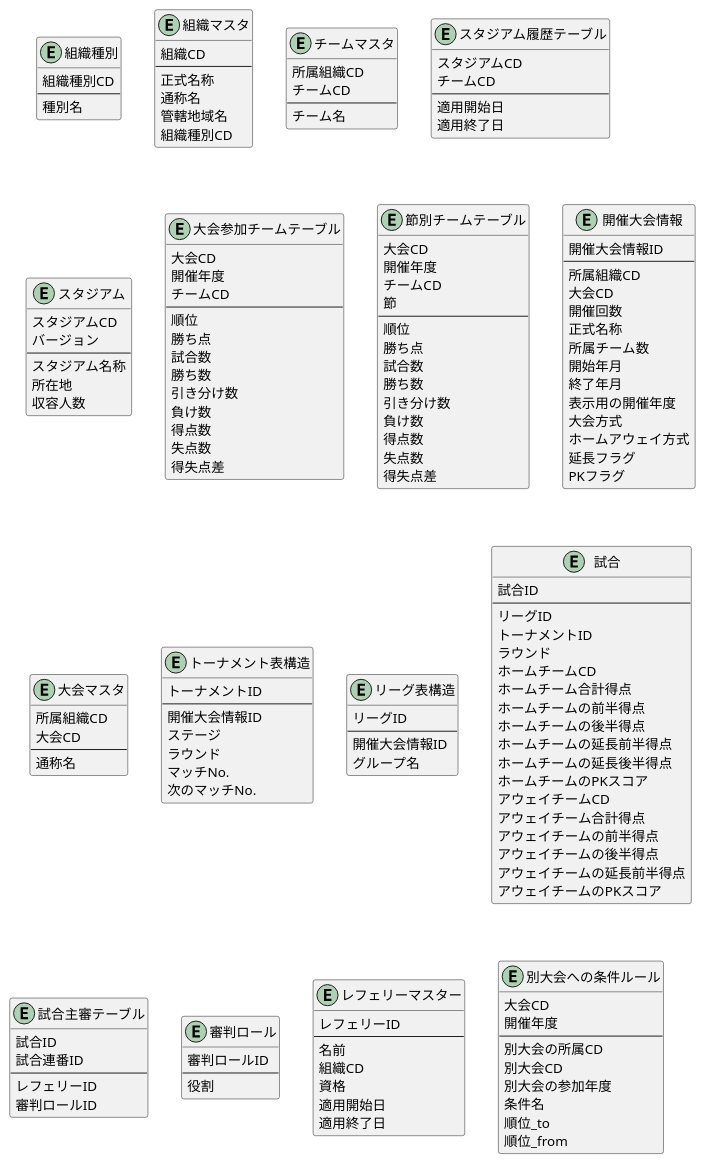
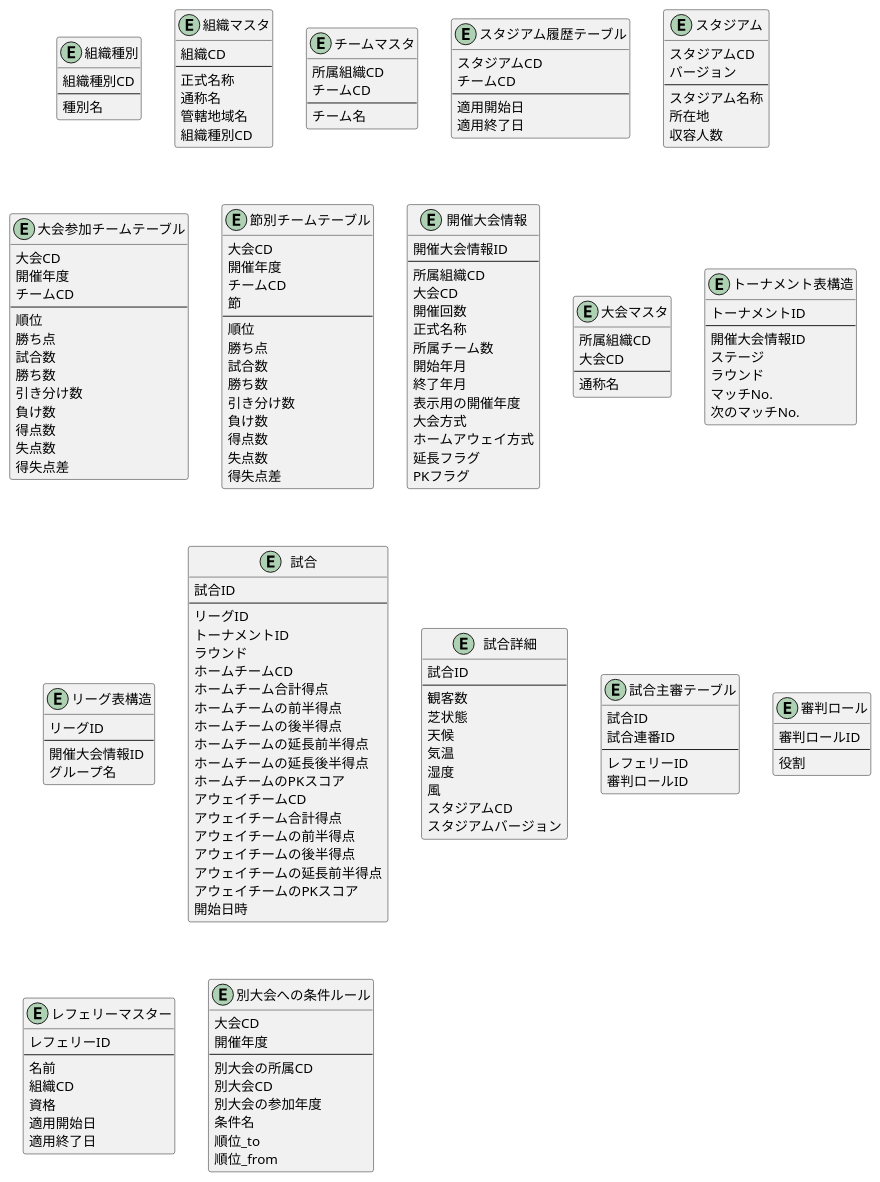
One commit to LCC-SYamada/SocckerDB_PlantUML changed the diagram in soccker_db.puml. Above: the diagram before and after it, drawn with PlantUML.

Commit message:
試合詳細テーブルを追加

```diff
--- a/soccker_db.puml
+++ b/soccker_db.puml
@@ -1,174 +1,188 @@
 @startuml
 
 Entity "組織種別" as OrganizationType {
   組織種別CD
   --
   種別名
 }
 
 Entity "組織マスタ" as Organization {
   組織CD
   --
   正式名称
   通称名
   管轄地域名
   組織種別CD
 }
 
 Entity "チームマスタ" as Team {
   所属組織CD
   チームCD
   --
   チーム名
 }
 
 Entity "スタジアム履歴テーブル" as StadiumHistory {
   スタジアムCD
   チームCD
   --
   適用開始日
   適用終了日
 }
 
 Entity "スタジアム" as Stadium {
   スタジアムCD
   バージョン
   --
   スタジアム名称
   所在地
   収容人数
 }
 
 Entity "大会参加チームテーブル" as SeaSonTournament {
   大会CD
   開催年度
   チームCD
   --
   順位
   勝ち点
   試合数
   勝ち数
   引き分け数
   負け数
   得点数
   失点数
   得失点差  
 }
 
 Entity "節別チームテーブル" as MatchDayRank {
   大会CD
   開催年度
   チームCD
   節
   --
   順位
   勝ち点
   試合数
   勝ち数
   引き分け数
   負け数
   得点数
   失点数
   得失点差  
 }
 
 Entity "開催大会情報" as TournamentInfo {
   開催大会情報ID
   --
   所属組織CD
   大会CD
   開催回数
   正式名称
   所属チーム数
   開始年月
   終了年月
   表示用の開催年度
   大会方式
   ホームアウェイ方式
   延長フラグ
   PKフラグ
 }
 
 Entity "大会マスタ" as Tournament {
   所属組織CD
   大会CD
   --
   通称名
 }
 
 Entity "トーナメント表構造" as TournamentTable {
   トーナメントID
   --
   開催大会情報ID
   ステージ
   ラウンド
   マッチNo.
   次のマッチNo.
 }
 
 Entity "リーグ表構造" as LeagueTable {
   リーグID
   --
   開催大会情報ID
   グループ名
 }
 
 Entity "試合" as Match {
   試合ID
   --
   リーグID
   トーナメントID
   ラウンド
   ホームチームCD
   ホームチーム合計得点
   ホームチームの前半得点
   ホームチームの後半得点
   ホームチームの延長前半得点
   ホームチームの延長後半得点
   ホームチームのPKスコア
   アウェイチームCD
   アウェイチーム合計得点
   アウェイチームの前半得点
   アウェイチームの後半得点
   アウェイチームの延長前半得点
   アウェイチームのPKスコア
+  開始日時
+}
+
+Entity "試合詳細" as MatchInfo {
+  試合ID
+  --
+  観客数
+  芝状態
+  天候
+  気温
+  湿度
+  風
+  スタジアムCD
+  スタジアムバージョン
 }
 
 Entity "試合主審テーブル" as MatchReferee {
   試合ID
   試合連番ID
   --
   レフェリーID
   審判ロールID
 }
 
 Entity "審判ロール" as RefereeRole {
   審判ロールID
   --
   役割
 }
 
 Entity "レフェリーマスター" as Referee {
   レフェリーID
   --
   名前
   組織CD
   資格
   適用開始日
   適用終了日
 }
 
 
 Entity "別大会への条件ルール" as TournamentDetail {
   大会CD
   開催年度
   --
   別大会の所属CD
   別大会CD
   別大会の参加年度
   条件名
   順位_to
   順位_from
 }
 
 @enduml
```
